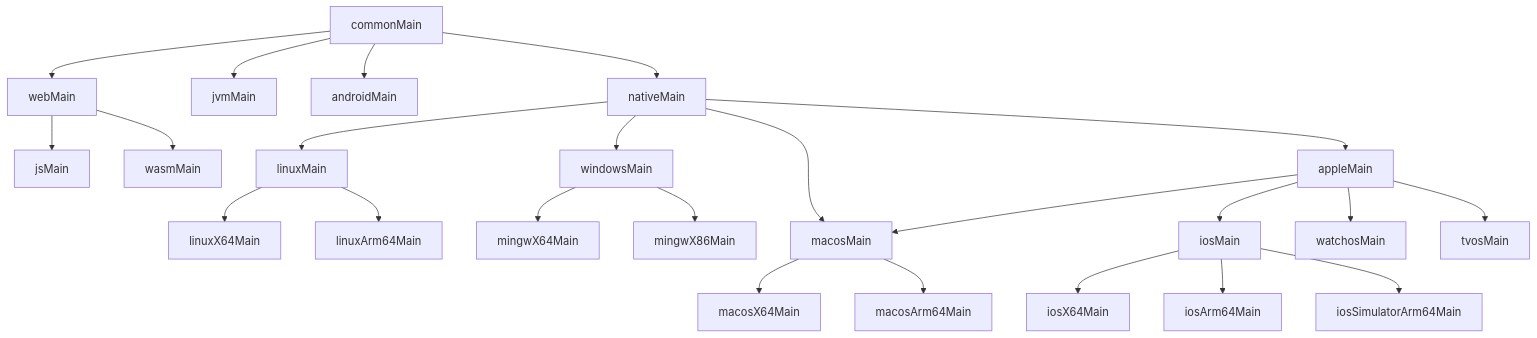
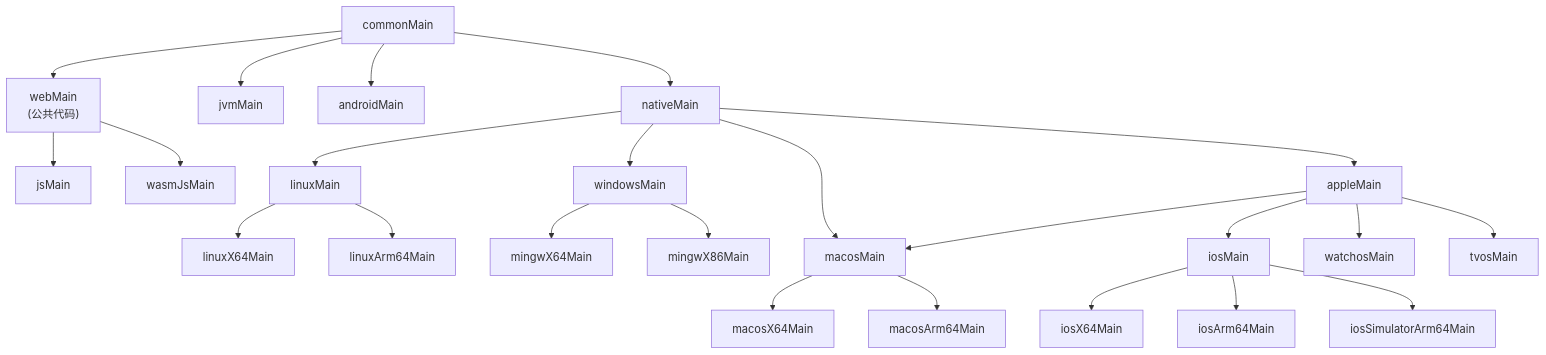
One commit to zhifu-tech/app-myhub changed the diagram in core/platform/README.md. Above: the diagram before and after it, drawn with Mermaid. The commit also changed other lines of this file and 54 other files, not shown here.

````diff
--- a/core/platform/README.md
+++ b/core/platform/README.md
@@ -9,9 +30,9 @@
     commonMain["commonMain"]
 
 %% ===== Web =====
-    webMain["webMain"]
+    webMain["webMain<br/>(公共代码)"]
     jsMain["jsMain"]
-    wasmMain["wasmMain"]
+    wasmJsMain["wasmJsMain"]
 
 %% ===== JVM / Android =====
     jvmMain["jvmMain"]
@@ -53,7 +74,7 @@
 
 %% Web
     webMain --> jsMain
-    webMain --> wasmMain
+    webMain --> wasmJsMain
 
 %% Native branches
     nativeMain --> linuxMain
@@ -83,6 +104,4 @@
     iosMain --> iosX64Main
     iosMain --> iosArm64Main
     iosMain --> iosSimArm64Main
-
-
 ```
````
